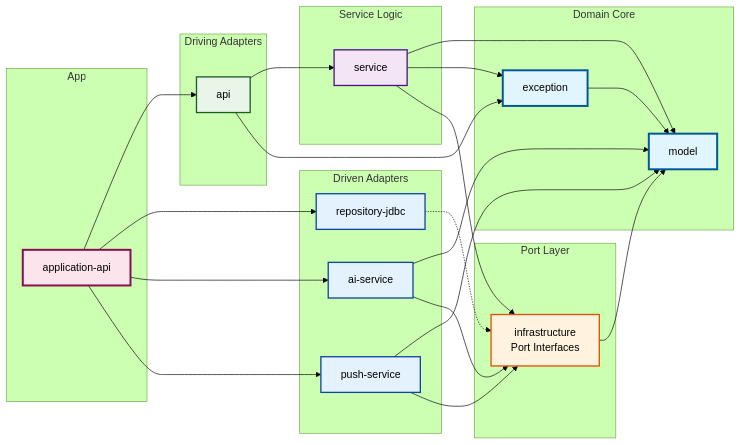
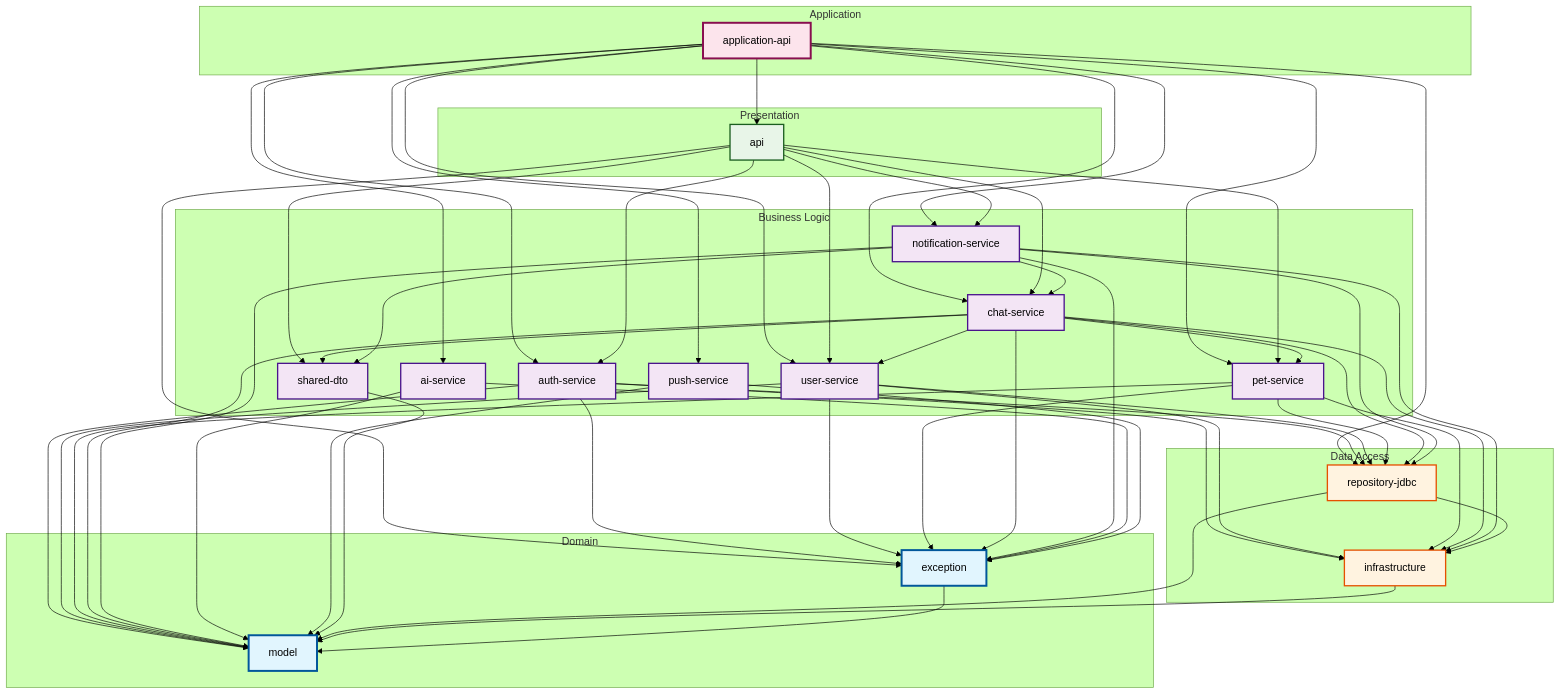
The second of 2 diagrams in docs/module-dependency-diagram.md (puppy-talk/puppy-talk-server), drawn with Mermaid (forest theme) before and after one commit. The commit also changed other lines of this file and 6 other files, not shown here.

First line of the commit message:
docs: Add comprehensive layered architecture documentation

````diff
--- a/docs/module-dependency-diagram.md
+++ b/docs/module-dependency-diagram.md
@@ -89,68 +124,107 @@
 ```mermaid
-flowchart LR
-    subgraph "Domain Core"
+flowchart TB
+    subgraph "Application"
+        APP[application-api]
+    end
+    
+    subgraph "Presentation"
+        API[api]
+    end
+    
+    subgraph "Business Logic"
+        AUTH[auth-service]
+        USER[user-service]
+        PET[pet-service]
+        CHAT[chat-service]
+        NOTIF[notification-service]
+        AI[ai-service]
+        PUSH[push-service]
+        DTO[shared-dto]
+    end
+    
+    subgraph "Data Access"
+        R[repository-jdbc]
+        I[infrastructure]
+    end
+    
+    subgraph "Domain"
         M[model]
         E[exception]
     end
+
+    %% Top-down dependencies (no circular dependencies)
+    APP --> API
+    APP --> AUTH
+    APP --> USER
+    APP --> PET
+    APP --> CHAT
+    APP --> NOTIF
+    APP --> AI
+    APP --> PUSH
+    APP --> R
     
-    subgraph "Port Layer"
-        I[infrastructure<br/>Port Interfaces]
-    end
-    
-    subgraph "Service Logic"
-        S[service]
-    end
-    
-    subgraph "Driven Adapters"
-        R[repository-jdbc]
-        AI[ai-service]
-        P[push-service]
-    end
-    
-    subgraph "Driving Adapters"
-        API[api]
-    end
-    
-    subgraph "App"
-        APP[application-api]
-    end
-
-    %% Core Dependencies
-    E --> M
-    I --> M
-    S --> M
-    S --> E
-    S --> I
-    
-    %% Adapter Dependencies
-    R -.-> I
-    AI --> M
-    AI --> I
-    P --> M
-    P --> I
-    
-    %% Web Dependencies
-    API --> S
+    API --> AUTH
+    API --> USER
+    API --> PET
+    API --> CHAT
+    API --> NOTIF
+    API --> DTO
     API --> E
     
-    %% Application Dependencies
-    APP --> API
-    APP --> R
-    APP --> AI
-    APP --> P
+    AUTH --> R
+    AUTH --> I
+    AUTH --> M
+    AUTH --> E
+    
+    USER --> R
+    USER --> I
+    USER --> M
+    USER --> E
+    
+    PET --> R
+    PET --> I
+    PET --> M
+    PET --> E
+    
+    CHAT --> R
+    CHAT --> I
+    CHAT --> M
+    CHAT --> E
+    CHAT --> USER
+    CHAT --> PET
+    CHAT --> DTO
+    
+    NOTIF --> R
+    NOTIF --> I
+    NOTIF --> M
+    NOTIF --> E
+    NOTIF --> CHAT
+    NOTIF --> DTO
+    
+    AI --> M
+    AI --> E
+    
+    PUSH --> M
+    PUSH --> E
+    
+    DTO --> M
+    
+    R --> I
+    R --> M
+    
+    I --> M
+    E --> M
 
-    %% Styling
-    classDef core fill:#e1f5fe,stroke:#01579b,stroke-width:3px
-    classDef port fill:#fff3e0,stroke:#e65100,stroke-width:2px
-    classDef service fill:#f3e5f5,stroke:#4a148c,stroke-width:2px
-    classDef adapter fill:#e3f2fd,stroke:#0d47a1,stroke-width:2px
-    classDef web fill:#e8f5e8,stroke:#1b5e20,stroke-width:2px
-    classDef app fill:#fce4ec,stroke:#880e4f,stroke-width:3px
+    %% Styling for clear layer separation
+    classDef appLayer fill:#fce4ec,stroke:#880e4f,stroke-width:3px
+    classDef presentationLayer fill:#e8f5e8,stroke:#1b5e20,stroke-width:2px
+    classDef businessLayer fill:#f3e5f5,stroke:#4a148c,stroke-width:2px
+    classDef dataLayer fill:#fff3e0,stroke:#e65100,stroke-width:2px
+    classDef domainLayer fill:#e1f5fe,stroke:#01579b,stroke-width:3px
     
-    class M,E core
-    class I port
-    class S service
-    class R,AI,P adapter
-    class API web
-    class APP app
+    class APP appLayer
+    class API presentationLayer
+    class AUTH,USER,PET,CHAT,NOTIF,AI,PUSH,DTO businessLayer
+    class R,I dataLayer
+    class M,E domainLayer
 ```
````
